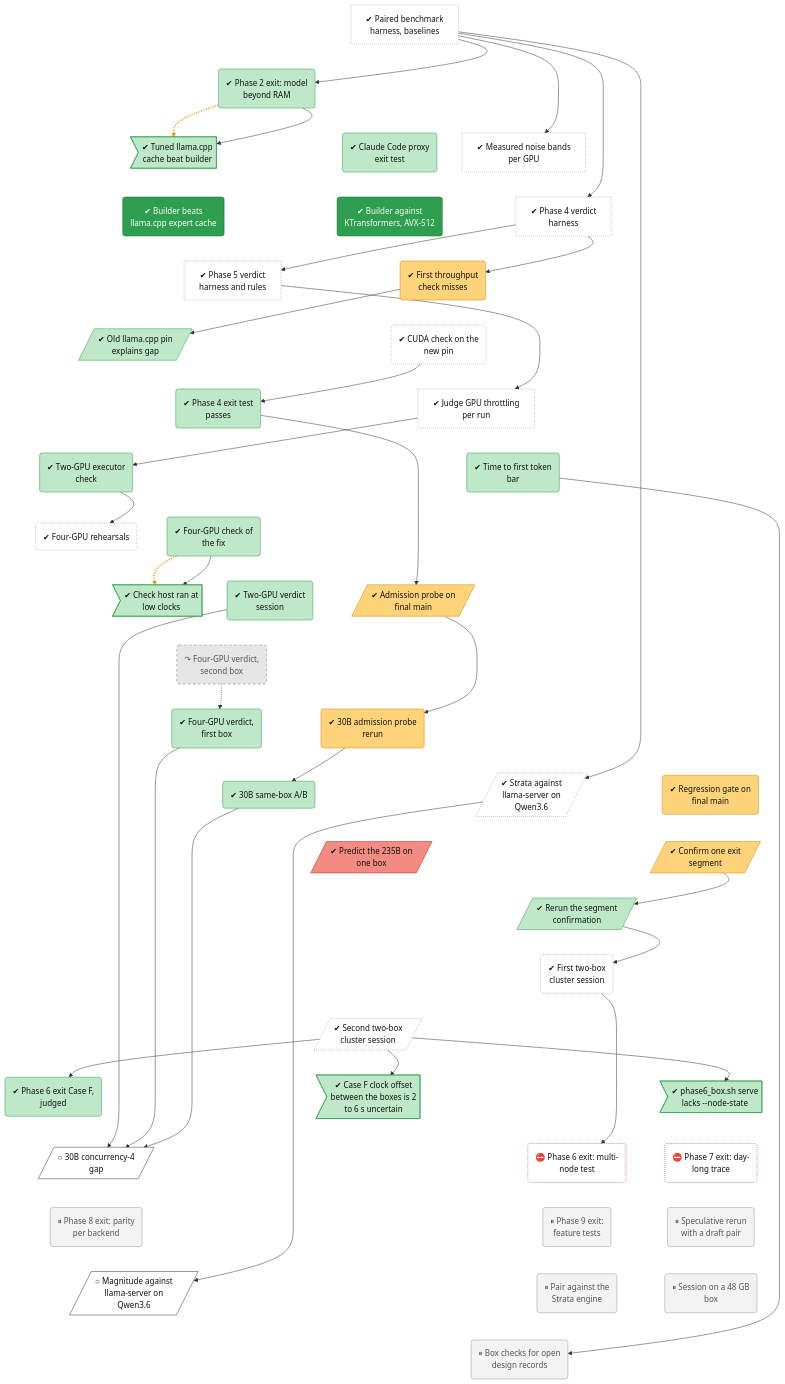
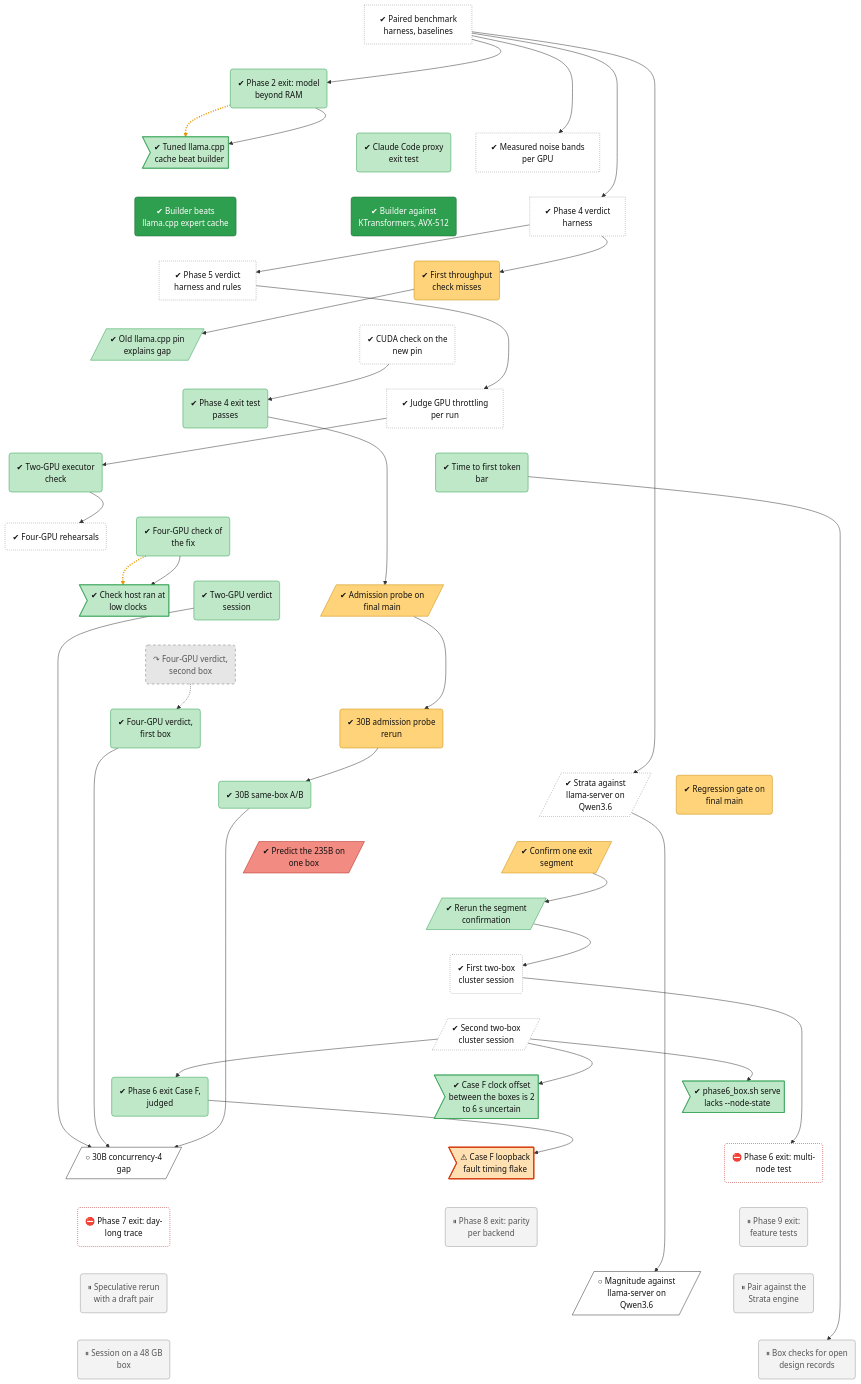
One commit to lhns/tetraeder changed the diagram in docs/roadmap/tracks/bench.md. Above: the diagram before and after it, drawn with Mermaid. The commit also changed other lines of this file and 4 other files, not shown here.

Commit message:
Advisor 2026-11-26: Case S link gate on fitted rates, balloon released for the download, budget re-measured after install, VRAM peak rule (rule-change log); tree node for the Case F loopback flake (not measured)

````diff
--- a/docs/roadmap/tracks/bench.md
+++ b/docs/roadmap/tracks/bench.md
@@ -45,6 +45,7 @@
     bench_phase6_clock_offset>"✔ Case F clock offset<br/>between the boxes is 2<br/>to 6 s uncertain"]
     bench_phase6_serve_node_state>"✔ phase6_box.sh serve<br/>lacks --node-state"]
     bench_30b_c4_gap[/"○ 30B concurrency-4<br/>gap"/]
+    bench_phase6_loopback_f_flake>"⚠ Case F loopback<br/>fault timing flake"]
     bench_phase6_exit("⛔ Phase 6 exit: multi-<br/>node test")
     bench_phase7_exit("⛔ Phase 7 exit: day-<br/>long trace")
     bench_phase8_exit("⏸ Phase 8 exit: parity<br/>per backend")
@@ -94,9 +95,10 @@
     bench_phase6_rehearsal_2 ~~~ bench_phase6_clock_offset
     bench_phase6_rehearsal_2 ~~~ bench_phase6_serve_node_state
     bench_phase6_exit_f ~~~ bench_30b_c4_gap
-    bench_phase6_clock_offset ~~~ bench_phase6_exit
-    bench_phase6_serve_node_state ~~~ bench_phase7_exit
-    bench_30b_c4_gap ~~~ bench_phase8_exit
+    bench_phase6_clock_offset ~~~ bench_phase6_loopback_f_flake
+    bench_phase6_serve_node_state ~~~ bench_phase6_exit
+    bench_30b_c4_gap ~~~ bench_phase7_exit
+    bench_phase6_loopback_f_flake ~~~ bench_phase8_exit
     bench_phase6_exit ~~~ bench_phase9_exit
     bench_phase7_exit ~~~ bench_spec_rerun
     bench_phase8_exit ~~~ bench_magnitude_q36
@@ -104,7 +106,6 @@
     bench_spec_rerun ~~~ bench_d1_session
     bench_magnitude_q36 ~~~ bench_open_records
     bench_strata_pairing ~~~ bench_open_records
-    bench_d1_session ~~~ bench_open_records
     bench_harness --> bench_phase2_exit
     bench_phase2_exit -.-> bench_defect_tuned_cache
     bench_phase2_exit --> bench_defect_tuned_cache
@@ -132,6 +133,7 @@
     bench_v2_verdict --> bench_30b_c4_gap
     bench_v4a_verdict --> bench_30b_c4_gap
     bench_ab30b --> bench_30b_c4_gap
+    bench_phase6_exit_f --> bench_phase6_loopback_f_flake
     bench_phase6_rehearsal --> bench_phase6_exit
     bench_strata_q36 --> bench_magnitude_q36
     bench_ttft --> bench_open_records
@@ -157,6 +159,7 @@
     class bench_v4b_verdict dead
     class bench_235b_stream_predict bad
     class bench_30b_c4_gap,bench_magnitude_q36 next
+    class bench_phase6_loopback_f_flake finding
     class bench_phase6_exit,bench_phase7_exit blocked
     class bench_phase8_exit,bench_phase9_exit,bench_spec_rerun,bench_strata_pairing,bench_d1_session,bench_open_records parked
 ```
````
